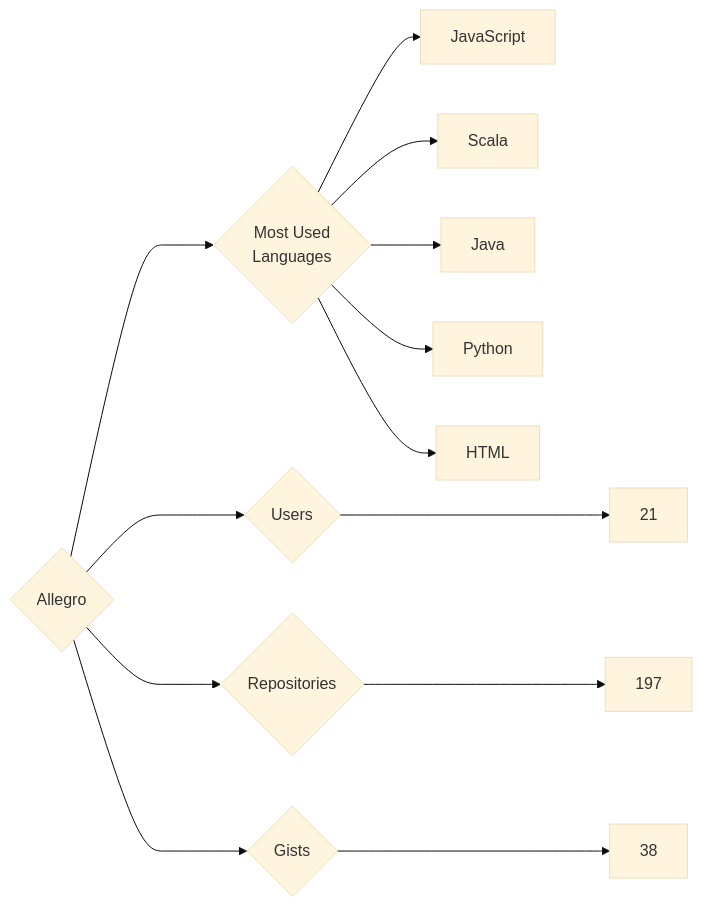
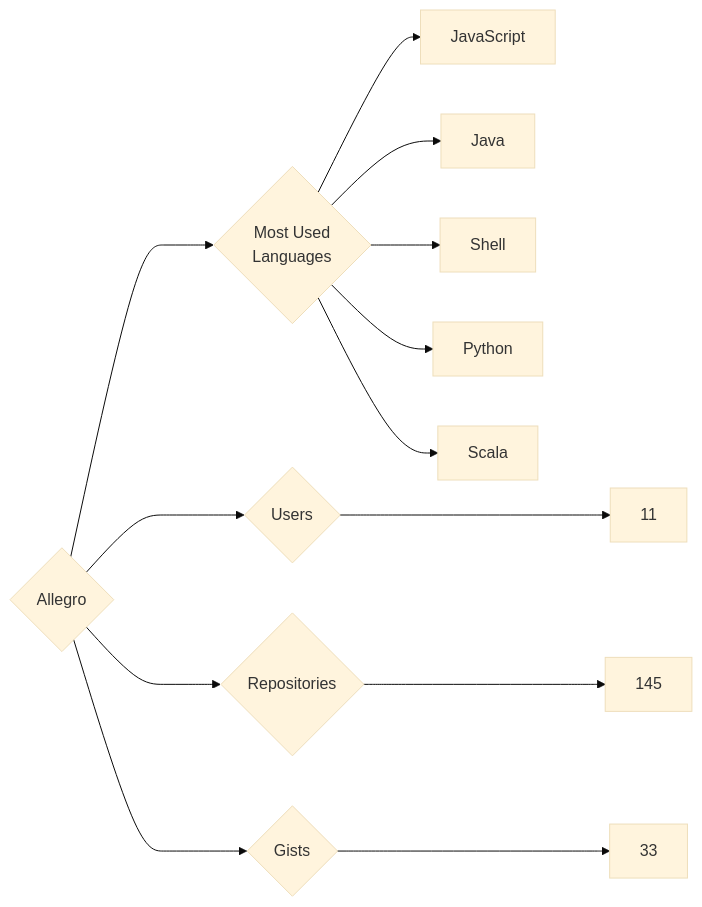
One commit to trickest/insiders changed the diagram in targets/Allegro/README.md. Above: the diagram before and after it, drawn with Mermaid (base theme). The commit also changed 932 other files, not shown here.

````diff
--- a/targets/Allegro/README.md
+++ b/targets/Allegro/README.md
@@ -3,13 +3,13 @@
 ```mermaid
 graph LR
 COMPANY_NAME{Allegro}
-COMPANY_NAME ---> U{Users} ---> UN[21]
-COMPANY_NAME ---> R{Repositories} ---> RN[197]
-COMPANY_NAME ---> G{Gists} ---> GN[38]
+COMPANY_NAME ---> U{Users} ---> UN[11]
+COMPANY_NAME ---> R{Repositories} ---> RN[145]
+COMPANY_NAME ---> G{Gists} ---> GN[33]
 COMPANY_NAME ---> ML{Most Used<br>Languages}
 ML --> JavaScript[JavaScript]
+ML --> Java[Java]
+ML --> Shell[Shell]
+ML --> Python[Python]
 ML --> Scala[Scala]
-ML --> Java[Java]
-ML --> Python[Python]
-ML --> HTML[HTML]
 ```
````
